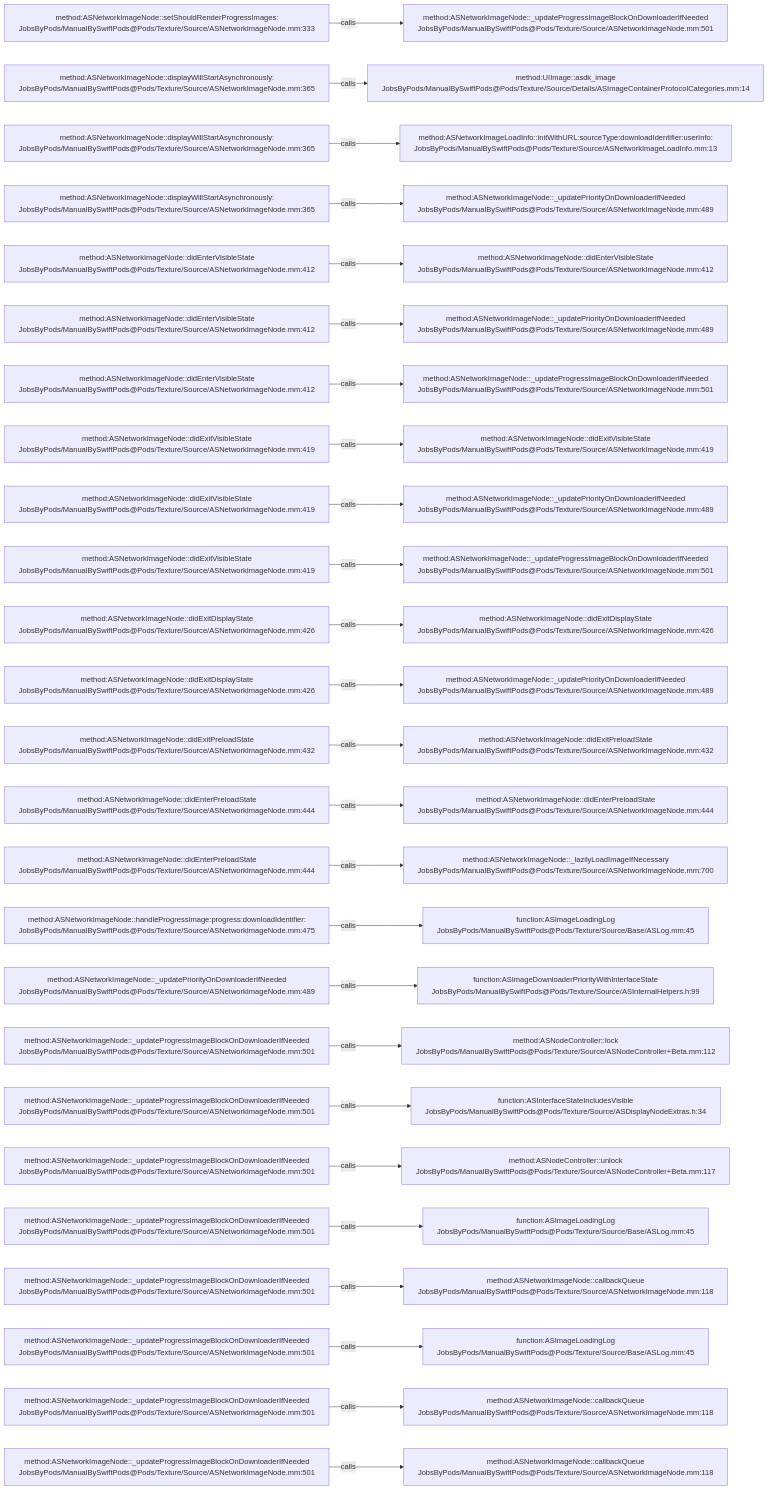
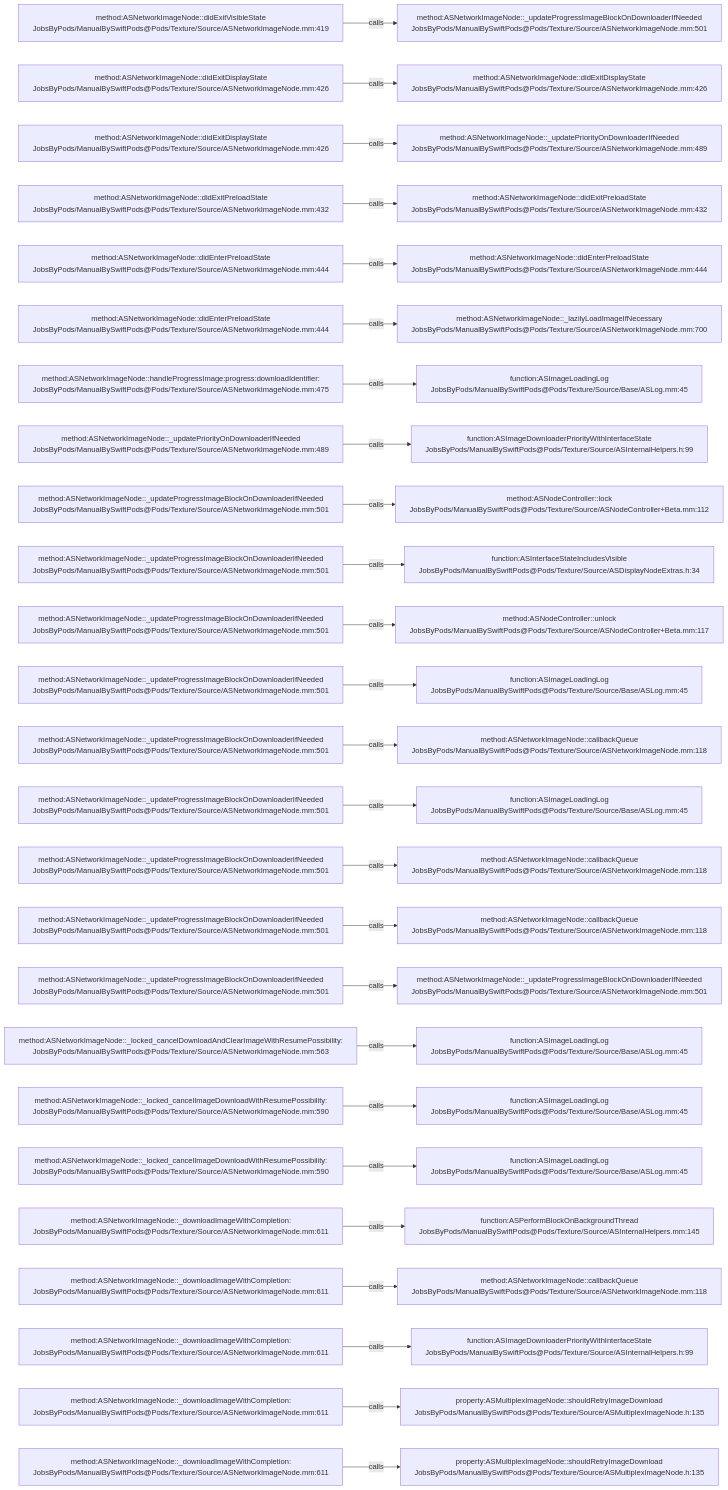
The diagram in .codegraph/codegraph.md/graphs/calls-050.md (JobsKits/JobsSwiftBaseConfigDemo), drawn with Mermaid before and after one commit. The commit also changed 707 other files, not shown here.

````diff
--- a/.codegraph/codegraph.md/graphs/calls-050.md
+++ b/.codegraph/codegraph.md/graphs/calls-050.md
@@ -13,78 +13,78 @@
 ```mermaid
 flowchart LR
-  S1["method:ASNetworkImageNode::setShouldRenderProgressImages:<br/>JobsByPods/ManualBySwiftPods@Pods/Texture/Source/ASNetworkImageNode.mm:333"]
+  S1["method:ASNetworkImageNode::didExitVisibleState<br/>JobsByPods/ManualBySwiftPods@Pods/Texture/Source/ASNetworkImageNode.mm:419"]
   T1["method:ASNetworkImageNode::_updateProgressImageBlockOnDownloaderIfNeeded<br/>JobsByPods/ManualBySwiftPods@Pods/Texture/Source/ASNetworkImageNode.mm:501"]
   S1 -->|calls| T1
-  S2["method:ASNetworkImageNode::displayWillStartAsynchronously:<br/>JobsByPods/ManualBySwiftPods@Pods/Texture/Source/ASNetworkImageNode.mm:365"]
-  T2["method:UIImage::asdk_image<br/>JobsByPods/ManualBySwiftPods@Pods/Texture/Source/Details/ASImageContainerProtocolCategories.mm:14"]
+  S2["method:ASNetworkImageNode::didExitDisplayState<br/>JobsByPods/ManualBySwiftPods@Pods/Texture/Source/ASNetworkImageNode.mm:426"]
+  T2["method:ASNetworkImageNode::didExitDisplayState<br/>JobsByPods/ManualBySwiftPods@Pods/Texture/Source/ASNetworkImageNode.mm:426"]
   S2 -->|calls| T2
-  S3["method:ASNetworkImageNode::displayWillStartAsynchronously:<br/>JobsByPods/ManualBySwiftPods@Pods/Texture/Source/ASNetworkImageNode.mm:365"]
-  T3["method:ASNetworkImageLoadInfo::initWithURL:sourceType:downloadIdentifier:userInfo:<br/>JobsByPods/ManualBySwiftPods@Pods/Texture/Source/ASNetworkImageLoadInfo.mm:13"]
+  S3["method:ASNetworkImageNode::didExitDisplayState<br/>JobsByPods/ManualBySwiftPods@Pods/Texture/Source/ASNetworkImageNode.mm:426"]
+  T3["method:ASNetworkImageNode::_updatePriorityOnDownloaderIfNeeded<br/>JobsByPods/ManualBySwiftPods@Pods/Texture/Source/ASNetworkImageNode.mm:489"]
   S3 -->|calls| T3
-  S4["method:ASNetworkImageNode::displayWillStartAsynchronously:<br/>JobsByPods/ManualBySwiftPods@Pods/Texture/Source/ASNetworkImageNode.mm:365"]
-  T4["method:ASNetworkImageNode::_updatePriorityOnDownloaderIfNeeded<br/>JobsByPods/ManualBySwiftPods@Pods/Texture/Source/ASNetworkImageNode.mm:489"]
+  S4["method:ASNetworkImageNode::didExitPreloadState<br/>JobsByPods/ManualBySwiftPods@Pods/Texture/Source/ASNetworkImageNode.mm:432"]
+  T4["method:ASNetworkImageNode::didExitPreloadState<br/>JobsByPods/ManualBySwiftPods@Pods/Texture/Source/ASNetworkImageNode.mm:432"]
   S4 -->|calls| T4
-  S5["method:ASNetworkImageNode::didEnterVisibleState<br/>JobsByPods/ManualBySwiftPods@Pods/Texture/Source/ASNetworkImageNode.mm:412"]
-  T5["method:ASNetworkImageNode::didEnterVisibleState<br/>JobsByPods/ManualBySwiftPods@Pods/Texture/Source/ASNetworkImageNode.mm:412"]
+  S5["method:ASNetworkImageNode::didEnterPreloadState<br/>JobsByPods/ManualBySwiftPods@Pods/Texture/Source/ASNetworkImageNode.mm:444"]
+  T5["method:ASNetworkImageNode::didEnterPreloadState<br/>JobsByPods/ManualBySwiftPods@Pods/Texture/Source/ASNetworkImageNode.mm:444"]
   S5 -->|calls| T5
-  S6["method:ASNetworkImageNode::didEnterVisibleState<br/>JobsByPods/ManualBySwiftPods@Pods/Texture/Source/ASNetworkImageNode.mm:412"]
-  T6["method:ASNetworkImageNode::_updatePriorityOnDownloaderIfNeeded<br/>JobsByPods/ManualBySwiftPods@Pods/Texture/Source/ASNetworkImageNode.mm:489"]
+  S6["method:ASNetworkImageNode::didEnterPreloadState<br/>JobsByPods/ManualBySwiftPods@Pods/Texture/Source/ASNetworkImageNode.mm:444"]
+  T6["method:ASNetworkImageNode::_lazilyLoadImageIfNecessary<br/>JobsByPods/ManualBySwiftPods@Pods/Texture/Source/ASNetworkImageNode.mm:700"]
   S6 -->|calls| T6
-  S7["method:ASNetworkImageNode::didEnterVisibleState<br/>JobsByPods/ManualBySwiftPods@Pods/Texture/Source/ASNetworkImageNode.mm:412"]
-  T7["method:ASNetworkImageNode::_updateProgressImageBlockOnDownloaderIfNeeded<br/>JobsByPods/ManualBySwiftPods@Pods/Texture/Source/ASNetworkImageNode.mm:501"]
+  S7["method:ASNetworkImageNode::handleProgressImage:progress:downloadIdentifier:<br/>JobsByPods/ManualBySwiftPods@Pods/Texture/Source/ASNetworkImageNode.mm:475"]
+  T7["function:ASImageLoadingLog<br/>JobsByPods/ManualBySwiftPods@Pods/Texture/Source/Base/ASLog.mm:45"]
   S7 -->|calls| T7
-  S8["method:ASNetworkImageNode::didExitVisibleState<br/>JobsByPods/ManualBySwiftPods@Pods/Texture/Source/ASNetworkImageNode.mm:419"]
-  T8["method:ASNetworkImageNode::didExitVisibleState<br/>JobsByPods/ManualBySwiftPods@Pods/Texture/Source/ASNetworkImageNode.mm:419"]
+  S8["method:ASNetworkImageNode::_updatePriorityOnDownloaderIfNeeded<br/>JobsByPods/ManualBySwiftPods@Pods/Texture/Source/ASNetworkImageNode.mm:489"]
+  T8["function:ASImageDownloaderPriorityWithInterfaceState<br/>JobsByPods/ManualBySwiftPods@Pods/Texture/Source/ASInternalHelpers.h:99"]
   S8 -->|calls| T8
-  S9["method:ASNetworkImageNode::didExitVisibleState<br/>JobsByPods/ManualBySwiftPods@Pods/Texture/Source/ASNetworkImageNode.mm:419"]
-  T9["method:ASNetworkImageNode::_updatePriorityOnDownloaderIfNeeded<br/>JobsByPods/ManualBySwiftPods@Pods/Texture/Source/ASNetworkImageNode.mm:489"]
+  S9["method:ASNetworkImageNode::_updateProgressImageBlockOnDownloaderIfNeeded<br/>JobsByPods/ManualBySwiftPods@Pods/Texture/Source/ASNetworkImageNode.mm:501"]
+  T9["method:ASNodeController::lock<br/>JobsByPods/ManualBySwiftPods@Pods/Texture/Source/ASNodeController+Beta.mm:112"]
   S9 -->|calls| T9
-  S10["method:ASNetworkImageNode::didExitVisibleState<br/>JobsByPods/ManualBySwiftPods@Pods/Texture/Source/ASNetworkImageNode.mm:419"]
-  T10["method:ASNetworkImageNode::_updateProgressImageBlockOnDownloaderIfNeeded<br/>JobsByPods/ManualBySwiftPods@Pods/Texture/Source/ASNetworkImageNode.mm:501"]
+  S10["method:ASNetworkImageNode::_updateProgressImageBlockOnDownloaderIfNeeded<br/>JobsByPods/ManualBySwiftPods@Pods/Texture/Source/ASNetworkImageNode.mm:501"]
+  T10["function:ASInterfaceStateIncludesVisible<br/>JobsByPods/ManualBySwiftPods@Pods/Texture/Source/ASDisplayNodeExtras.h:34"]
   S10 -->|calls| T10
-  S11["method:ASNetworkImageNode::didExitDisplayState<br/>JobsByPods/ManualBySwiftPods@Pods/Texture/Source/ASNetworkImageNode.mm:426"]
-  T11["method:ASNetworkImageNode::didExitDisplayState<br/>JobsByPods/ManualBySwiftPods@Pods/Texture/Source/ASNetworkImageNode.mm:426"]
+  S11["method:ASNetworkImageNode::_updateProgressImageBlockOnDownloaderIfNeeded<br/>JobsByPods/ManualBySwiftPods@Pods/Texture/Source/ASNetworkImageNode.mm:501"]
+  T11["method:ASNodeController::unlock<br/>JobsByPods/ManualBySwiftPods@Pods/Texture/Source/ASNodeController+Beta.mm:117"]
   S11 -->|calls| T11
-  S12["method:ASNetworkImageNode::didExitDisplayState<br/>JobsByPods/ManualBySwiftPods@Pods/Texture/Source/ASNetworkImageNode.mm:426"]
-  T12["method:ASNetworkImageNode::_updatePriorityOnDownloaderIfNeeded<br/>JobsByPods/ManualBySwiftPods@Pods/Texture/Source/ASNetworkImageNode.mm:489"]
+  S12["method:ASNetworkImageNode::_updateProgressImageBlockOnDownloaderIfNeeded<br/>JobsByPods/ManualBySwiftPods@Pods/Texture/Source/ASNetworkImageNode.mm:501"]
+  T12["function:ASImageLoadingLog<br/>JobsByPods/ManualBySwiftPods@Pods/Texture/Source/Base/ASLog.mm:45"]
   S12 -->|calls| T12
-  S13["method:ASNetworkImageNode::didExitPreloadState<br/>JobsByPods/ManualBySwiftPods@Pods/Texture/Source/ASNetworkImageNode.mm:432"]
-  T13["method:ASNetworkImageNode::didExitPreloadState<br/>JobsByPods/ManualBySwiftPods@Pods/Texture/Source/ASNetworkImageNode.mm:432"]
+  S13["method:ASNetworkImageNode::_updateProgressImageBlockOnDownloaderIfNeeded<br/>JobsByPods/ManualBySwiftPods@Pods/Texture/Source/ASNetworkImageNode.mm:501"]
+  T13["method:ASNetworkImageNode::callbackQueue<br/>JobsByPods/ManualBySwiftPods@Pods/Texture/Source/ASNetworkImageNode.mm:118"]
   S13 -->|calls| T13
-  S14["method:ASNetworkImageNode::didEnterPreloadState<br/>JobsByPods/ManualBySwiftPods@Pods/Texture/Source/ASNetworkImageNode.mm:444"]
-  T14["method:ASNetworkImageNode::didEnterPreloadState<br/>JobsByPods/ManualBySwiftPods@Pods/Texture/Source/ASNetworkImageNode.mm:444"]
+  S14["method:ASNetworkImageNode::_updateProgressImageBlockOnDownloaderIfNeeded<br/>JobsByPods/ManualBySwiftPods@Pods/Texture/Source/ASNetworkImageNode.mm:501"]
+  T14["function:ASImageLoadingLog<br/>JobsByPods/ManualBySwiftPods@Pods/Texture/Source/Base/ASLog.mm:45"]
   S14 -->|calls| T14
-  S15["method:ASNetworkImageNode::didEnterPreloadState<br/>JobsByPods/ManualBySwiftPods@Pods/Texture/Source/ASNetworkImageNode.mm:444"]
-  T15["method:ASNetworkImageNode::_lazilyLoadImageIfNecessary<br/>JobsByPods/ManualBySwiftPods@Pods/Texture/Source/ASNetworkImageNode.mm:700"]
+  S15["method:ASNetworkImageNode::_updateProgressImageBlockOnDownloaderIfNeeded<br/>JobsByPods/ManualBySwiftPods@Pods/Texture/Source/ASNetworkImageNode.mm:501"]
+  T15["method:ASNetworkImageNode::callbackQueue<br/>JobsByPods/ManualBySwiftPods@Pods/Texture/Source/ASNetworkImageNode.mm:118"]
   S15 -->|calls| T15
-  S16["method:ASNetworkImageNode::handleProgressImage:progress:downloadIdentifier:<br/>JobsByPods/ManualBySwiftPods@Pods/Texture/Source/ASNetworkImageNode.mm:475"]
-  T16["function:ASImageLoadingLog<br/>JobsByPods/ManualBySwiftPods@Pods/Texture/Source/Base/ASLog.mm:45"]
+  S16["method:ASNetworkImageNode::_updateProgressImageBlockOnDownloaderIfNeeded<br/>JobsByPods/ManualBySwiftPods@Pods/Texture/Source/ASNetworkImageNode.mm:501"]
+  T16["method:ASNetworkImageNode::callbackQueue<br/>JobsByPods/ManualBySwiftPods@Pods/Texture/Source/ASNetworkImageNode.mm:118"]
   S16 -->|calls| T16
-  S17["method:ASNetworkImageNode::_updatePriorityOnDownloaderIfNeeded<br/>JobsByPods/ManualBySwiftPods@Pods/Texture/Source/ASNetworkImageNode.mm:489"]
-  T17["function:ASImageDownloaderPriorityWithInterfaceState<br/>JobsByPods/ManualBySwiftPods@Pods/Texture/Source/ASInternalHelpers.h:99"]
+  S17["method:ASNetworkImageNode::_updateProgressImageBlockOnDownloaderIfNeeded<br/>JobsByPods/ManualBySwiftPods@Pods/Texture/Source/ASNetworkImageNode.mm:501"]
+  T17["method:ASNetworkImageNode::_updateProgressImageBlockOnDownloaderIfNeeded<br/>JobsByPods/ManualBySwiftPods@Pods/Texture/Source/ASNetworkImageNode.mm:501"]
   S17 -->|calls| T17
-  S18["method:ASNetworkImageNode::_updateProgressImageBlockOnDownloaderIfNeeded<br/>JobsByPods/ManualBySwiftPods@Pods/Texture/Source/ASNetworkImageNode.mm:501"]
-  T18["method:ASNodeController::lock<br/>JobsByPods/ManualBySwiftPods@Pods/Texture/Source/ASNodeController+Beta.mm:112"]
+  S18["method:ASNetworkImageNode::_locked_cancelDownloadAndClearImageWithResumePossibility:<br/>JobsByPods/ManualBySwiftPods@Pods/Texture/Source/ASNetworkImageNode.mm:563"]
+  T18["function:ASImageLoadingLog<br/>JobsByPods/ManualBySwiftPods@Pods/Texture/Source/Base/ASLog.mm:45"]
   S18 -->|calls| T18
-  S19["method:ASNetworkImageNode::_updateProgressImageBlockOnDownloaderIfNeeded<br/>JobsByPods/ManualBySwiftPods@Pods/Texture/Source/ASNetworkImageNode.mm:501"]
-  T19["function:ASInterfaceStateIncludesVisible<br/>JobsByPods/ManualBySwiftPods@Pods/Texture/Source/ASDisplayNodeExtras.h:34"]
+  S19["method:ASNetworkImageNode::_locked_cancelImageDownloadWithResumePossibility:<br/>JobsByPods/ManualBySwiftPods@Pods/Texture/Source/ASNetworkImageNode.mm:590"]
+  T19["function:ASImageLoadingLog<br/>JobsByPods/ManualBySwiftPods@Pods/Texture/Source/Base/ASLog.mm:45"]
   S19 -->|calls| T19
-  S20["method:ASNetworkImageNode::_updateProgressImageBlockOnDownloaderIfNeeded<br/>JobsByPods/ManualBySwiftPods@Pods/Texture/Source/ASNetworkImageNode.mm:501"]
-  T20["method:ASNodeController::unlock<br/>JobsByPods/ManualBySwiftPods@Pods/Texture/Source/ASNodeController+Beta.mm:117"]
+  S20["method:ASNetworkImageNode::_locked_cancelImageDownloadWithResumePossibility:<br/>JobsByPods/ManualBySwiftPods@Pods/Texture/Source/ASNetworkImageNode.mm:590"]
+  T20["function:ASImageLoadingLog<br/>JobsByPods/ManualBySwiftPods@Pods/Texture/Source/Base/ASLog.mm:45"]
   S20 -->|calls| T20
-  S21["method:ASNetworkImageNode::_updateProgressImageBlockOnDownloaderIfNeeded<br/>JobsByPods/ManualBySwiftPods@Pods/Texture/Source/ASNetworkImageNode.mm:501"]
-  T21["function:ASImageLoadingLog<br/>JobsByPods/ManualBySwiftPods@Pods/Texture/Source/Base/ASLog.mm:45"]
+  S21["method:ASNetworkImageNode::_downloadImageWithCompletion:<br/>JobsByPods/ManualBySwiftPods@Pods/Texture/Source/ASNetworkImageNode.mm:611"]
+  T21["function:ASPerformBlockOnBackgroundThread<br/>JobsByPods/ManualBySwiftPods@Pods/Texture/Source/ASInternalHelpers.mm:145"]
   S21 -->|calls| T21
-  S22["method:ASNetworkImageNode::_updateProgressImageBlockOnDownloaderIfNeeded<br/>JobsByPods/ManualBySwiftPods@Pods/Texture/Source/ASNetworkImageNode.mm:501"]
+  S22["method:ASNetworkImageNode::_downloadImageWithCompletion:<br/>JobsByPods/ManualBySwiftPods@Pods/Texture/Source/ASNetworkImageNode.mm:611"]
   T22["method:ASNetworkImageNode::callbackQueue<br/>JobsByPods/ManualBySwiftPods@Pods/Texture/Source/ASNetworkImageNode.mm:118"]
   S22 -->|calls| T22
-  S23["method:ASNetworkImageNode::_updateProgressImageBlockOnDownloaderIfNeeded<br/>JobsByPods/ManualBySwiftPods@Pods/Texture/Source/ASNetworkImageNode.mm:501"]
-  T23["function:ASImageLoadingLog<br/>JobsByPods/ManualBySwiftPods@Pods/Texture/Source/Base/ASLog.mm:45"]
+  S23["method:ASNetworkImageNode::_downloadImageWithCompletion:<br/>JobsByPods/ManualBySwiftPods@Pods/Texture/Source/ASNetworkImageNode.mm:611"]
+  T23["function:ASImageDownloaderPriorityWithInterfaceState<br/>JobsByPods/ManualBySwiftPods@Pods/Texture/Source/ASInternalHelpers.h:99"]
   S23 -->|calls| T23
-  S24["method:ASNetworkImageNode::_updateProgressImageBlockOnDownloaderIfNeeded<br/>JobsByPods/ManualBySwiftPods@Pods/Texture/Source/ASNetworkImageNode.mm:501"]
-  T24["method:ASNetworkImageNode::callbackQueue<br/>JobsByPods/ManualBySwiftPods@Pods/Texture/Source/ASNetworkImageNode.mm:118"]
+  S24["method:ASNetworkImageNode::_downloadImageWithCompletion:<br/>JobsByPods/ManualBySwiftPods@Pods/Texture/Source/ASNetworkImageNode.mm:611"]
+  T24["property:ASMultiplexImageNode::shouldRetryImageDownload<br/>JobsByPods/ManualBySwiftPods@Pods/Texture/Source/ASMultiplexImageNode.h:135"]
   S24 -->|calls| T24
-  S25["method:ASNetworkImageNode::_updateProgressImageBlockOnDownloaderIfNeeded<br/>JobsByPods/ManualBySwiftPods@Pods/Texture/Source/ASNetworkImageNode.mm:501"]
-  T25["method:ASNetworkImageNode::callbackQueue<br/>JobsByPods/ManualBySwiftPods@Pods/Texture/Source/ASNetworkImageNode.mm:118"]
+  S25["method:ASNetworkImageNode::_downloadImageWithCompletion:<br/>JobsByPods/ManualBySwiftPods@Pods/Texture/Source/ASNetworkImageNode.mm:611"]
+  T25["property:ASMultiplexImageNode::shouldRetryImageDownload<br/>JobsByPods/ManualBySwiftPods@Pods/Texture/Source/ASMultiplexImageNode.h:135"]
   S25 -->|calls| T25
 ```
````
